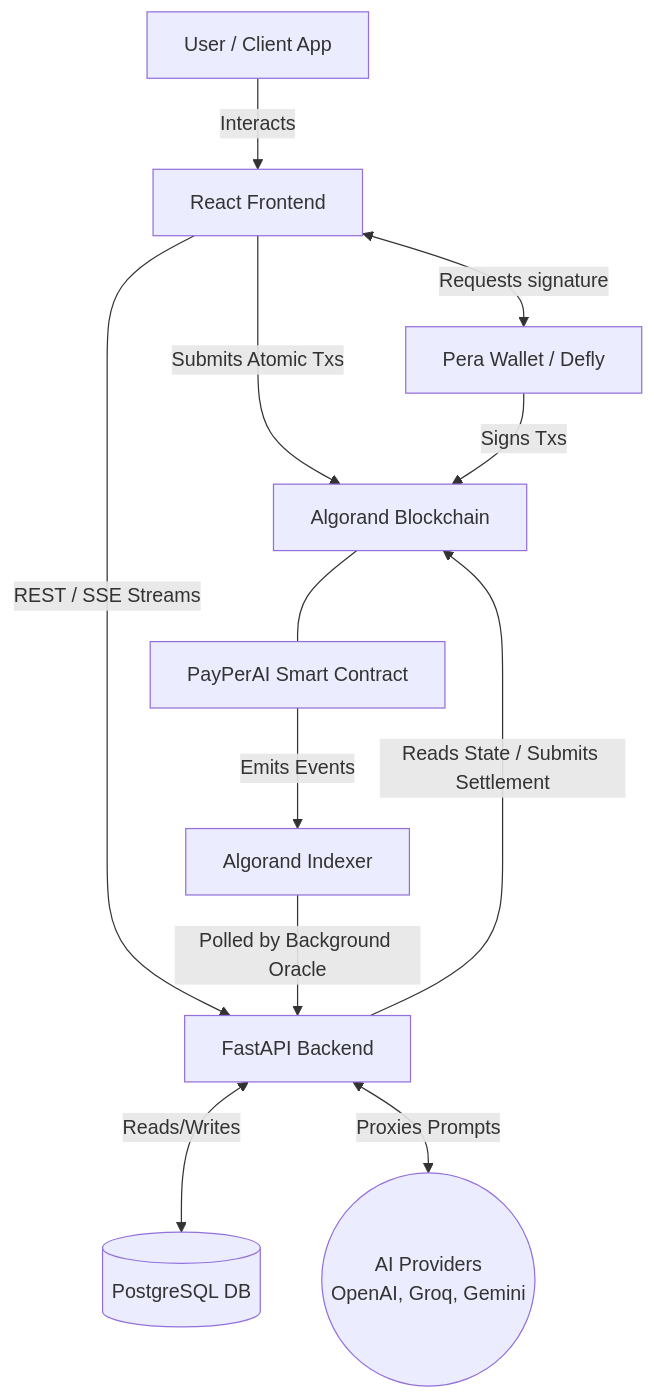
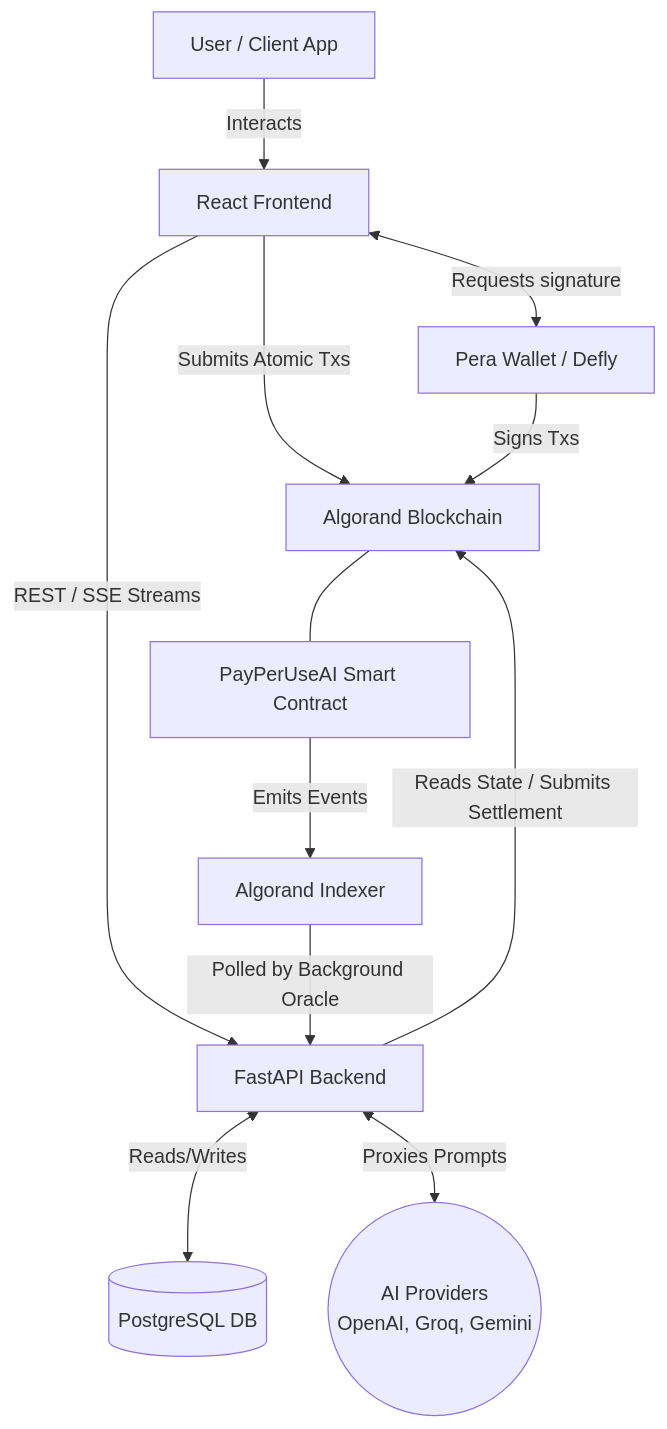
Before and after one commit to WPrasad99/Pay-Per-Use-Ai: the first of 4 diagrams in docs/ARCHITECTURE.md, drawn with Mermaid. The commit also changed other lines of this file and 11 other files, not shown here.

Commit message:
chore: update branding to PayPerUseAI in docs and frontend

````diff
--- a/docs/ARCHITECTURE.md
+++ b/docs/ARCHITECTURE.md
@@ -9,31 +9,31 @@
 ```mermaid
 graph TD
     %% Entities
     User[User / Client App]
     Frontend[React Frontend]
     PeraWallet[Pera Wallet / Defly]
     
     Backend[FastAPI Backend]
     PostgreSQL[(PostgreSQL DB)]
     AIProviders((AI Providers<br/>OpenAI, Groq, Gemini))
     
     Blockchain[Algorand Blockchain]
-    SmartContract[PayPerAI Smart Contract]
+    SmartContract[PayPerUseAI Smart Contract]
     Indexer[Algorand Indexer]
 
     %% Connections
     User -->|Interacts| Frontend
     Frontend <-->|Requests signature| PeraWallet
     Frontend -->|REST / SSE Streams| Backend
     Frontend -->|Submits Atomic Txs| Blockchain
     
     PeraWallet -->|Signs Txs| Blockchain
     
     Backend <-->|Reads/Writes| PostgreSQL
     Backend <-->|Proxies Prompts| AIProviders
     Backend -->|Reads State / Submits Settlement| Blockchain
     
     Blockchain --- SmartContract
     SmartContract -->|Emits Events| Indexer
     Indexer -->|Polled by Background Oracle| Backend
 ```
````
